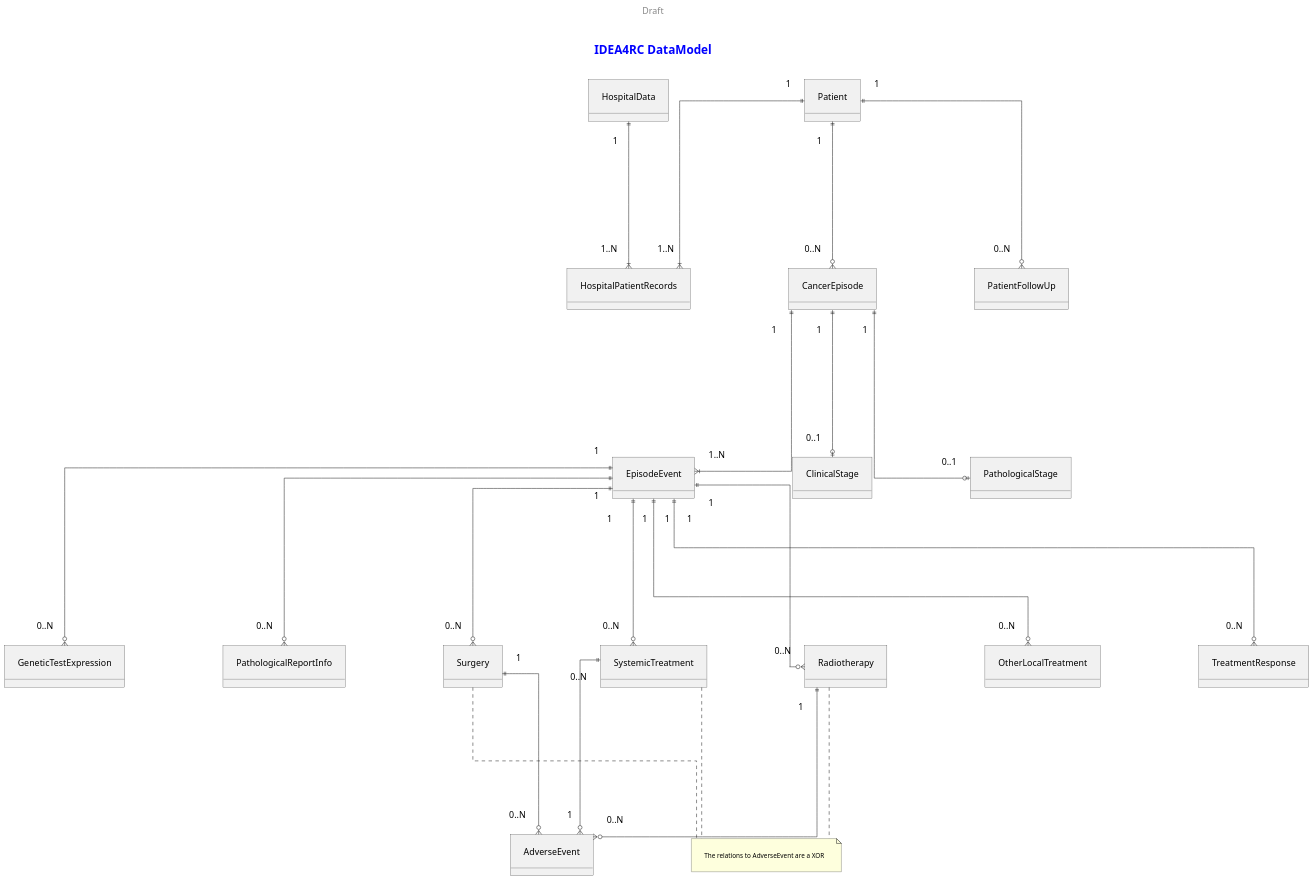
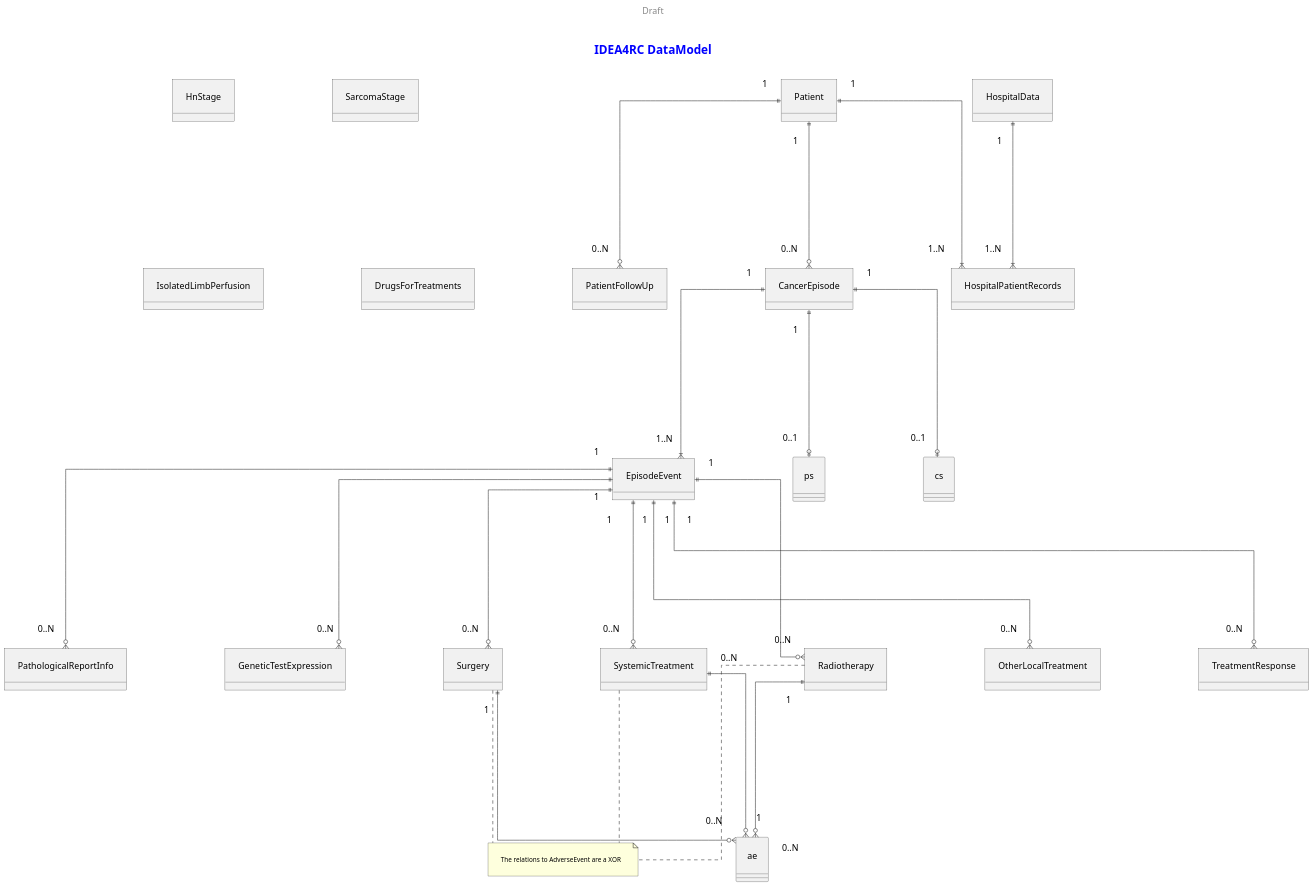
One commit to unai-zulaika/IDEA4RC-Datamodel-tools changed the diagram in ERD_builder/output_simple.wsd. Above: the diagram before and after it, drawn with PlantUML. The commit also changed 4 other files, not shown here.

Commit message:
updated erd builder for corresponding sheet numbers

```diff
--- a/ERD_builder/output_simple.wsd
+++ b/ERD_builder/output_simple.wsd
@@ -1,103 +1,104 @@
 @startuml
 
 <style>
 title {
   HorizontalAlignment right
   FontSize 24
   FontColor blue
 }
 
 header {
   HorizontalAlignment center
   FontSize 18
   ' FontColor purple
 }
 
 footer {
   HorizontalAlignment left
   FontSize 28
   FontColor red
 }
 
 legend {
   FontSize 15
   BackGroundColor yellow
   Margin 10
   Padding 5
 }
 
 caption {
   FontSize 32
 }
 
 arrow {
   FontSize 18
   Padding 90
   Margin 50
 }
 
 </style>
 
 header Draft
 
 title IDEA4RC DataModel
 
 ' hide the spot
 hide circle
 
 ' avoid problems with angled crows feet
 skinparam linetype ortho
 skinparam padding 20
 skinparam nodesep 200
 skinparam ranksep 300
 
 object "Patient" as p
+object "PatientFollowUp" as pfu
 object "HospitalData" as hd
 object "HospitalPatientRecords" as hpr
-object "PatientFollowUp" as pfu
 object "CancerEpisode" as ce
 object "EpisodeEvent" as ee
+object "HnStage" as hs
+object "SarcomaStage" as ss
+object "PathologicalReportInfo" as pri
 object "GeneticTestExpression" as gte
-object "ClinicalStage" as cs
-object "PathologicalStage" as ps
-object "PathologicalReportInfo" as pri
 object "Surgery" as s
 object "SystemicTreatment" as st
 object "Radiotherapy" as r
 object "OtherLocalTreatment" as olt
+object "IsolatedLimbPerfusion" as ilp
+object "DrugsForTreatments" as dft
 object "TreatmentResponse" as tr
-object "AdverseEvent" as ae
 p "1" ||--|{ "1..N" hpr
 hd "1" ||--|{ "1..N" hpr
 
 p "1" ||--o{ "0..N" ce
 p "1" ||--o{ "0..N" pfu
 
 ce "1" ||--|{ "1..N" ee
 ce "1" ||--o| "0..1" ps
 ce "1" ||--o| "0..1" cs
 
 ee "1" ||--o{ "0..N" r
 ee "1" ||--o{ "0..N" s
 ee "1" ||--o{ "0..N" st
 ee "1" ||--o{ "0..N" olt
 ee "1" ||--o{ "0..N" gte
 ee "1" ||--o{ "0..N" tr
 ee "1" ||--o{ "0..N" pri
 
 
 note as N1
 The relations to AdverseEvent are a XOR
 end note
 
 s "1" ||--o{ "0..N" ae
 'note on link: XOR
 st "0..N" ||--o{ "1" ae
 'note on link: XOR
 r "1" ||--o{ "0..N" ae
 'note on link: XOR
 
 s .. N1
 st .. N1
 r .. N1
 @enduml
```
